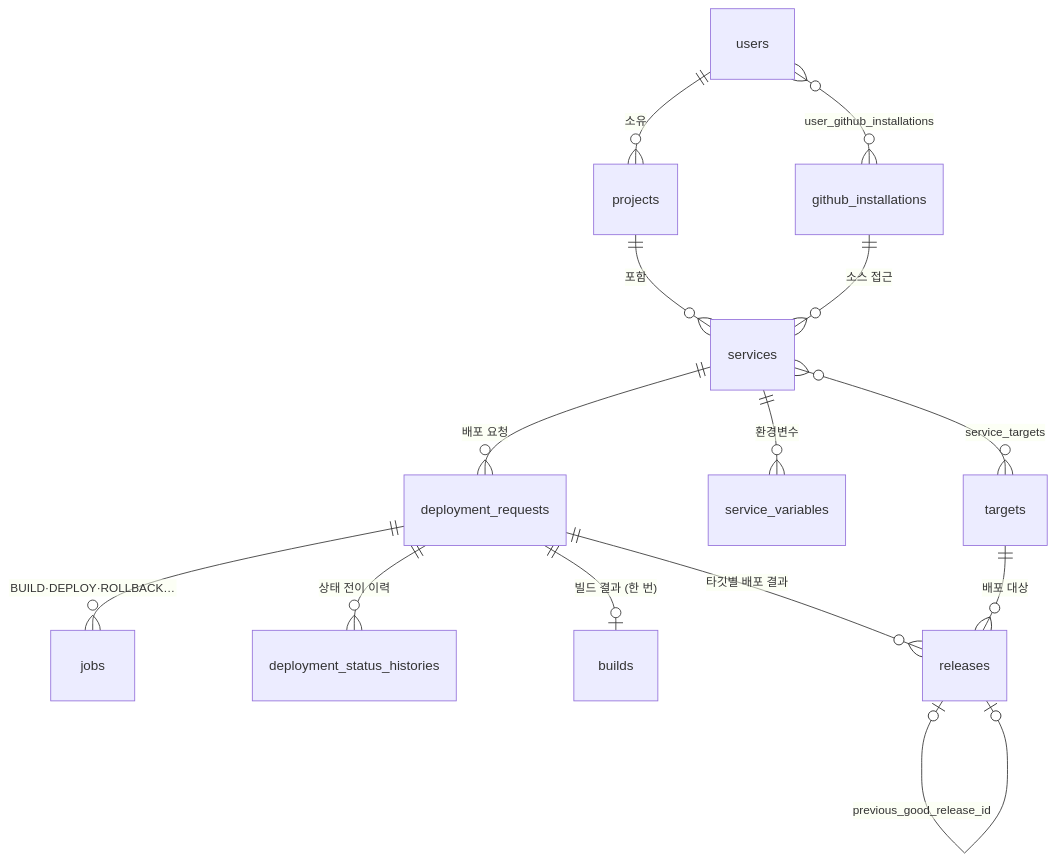
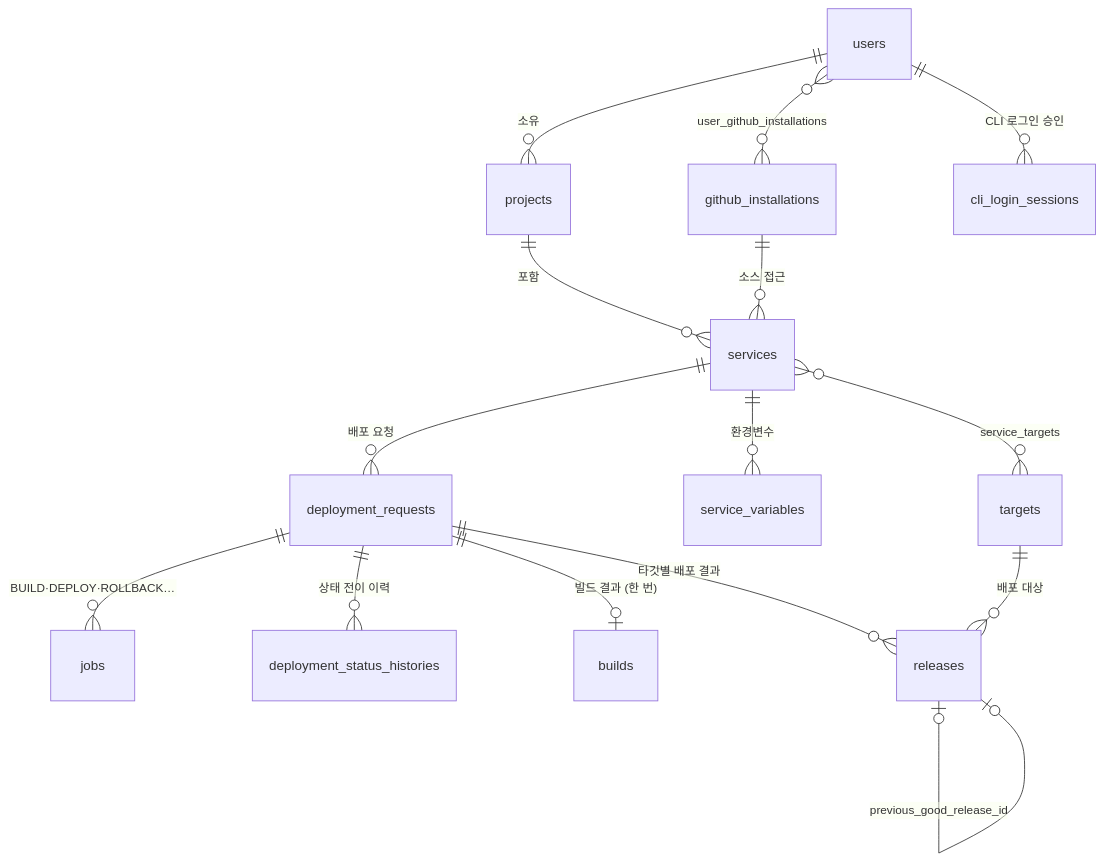
One commit to 2026-softbank-1/iris-was changed the diagram in .claude/rules/term-dictionary.md. Above: the diagram before and after it, drawn with Mermaid. The commit also changed other lines of this file and 4 other files, not shown here.

First line of the commit message:
docs: CLI 로그인 세션 설계와 용어 문서 추가

````diff
--- a/.claude/rules/term-dictionary.md
+++ b/.claude/rules/term-dictionary.md
@@ -44,16 +44,17 @@
 ```mermaid
 erDiagram
   users ||--o{ projects : "소유"
   users }o--o{ github_installations : "user_github_installations"
+  users ||--o{ cli_login_sessions : "CLI 로그인 승인"
   projects ||--o{ services : "포함"
   github_installations ||--o{ services : "소스 접근"
   services }o--o{ targets : "service_targets"
   services ||--o{ service_variables : "환경변수"
   services ||--o{ deployment_requests : "배포 요청"
   deployment_requests ||--o{ jobs : "BUILD·DEPLOY·ROLLBACK…"
   deployment_requests ||--o{ deployment_status_histories : "상태 전이 이력"
   deployment_requests ||--o| builds : "빌드 결과 (한 번)"
   deployment_requests ||--o{ releases : "타깃별 배포 결과"
   targets ||--o{ releases : "배포 대상"
   releases |o--o| releases : "previous_good_release_id"
 ```
````
